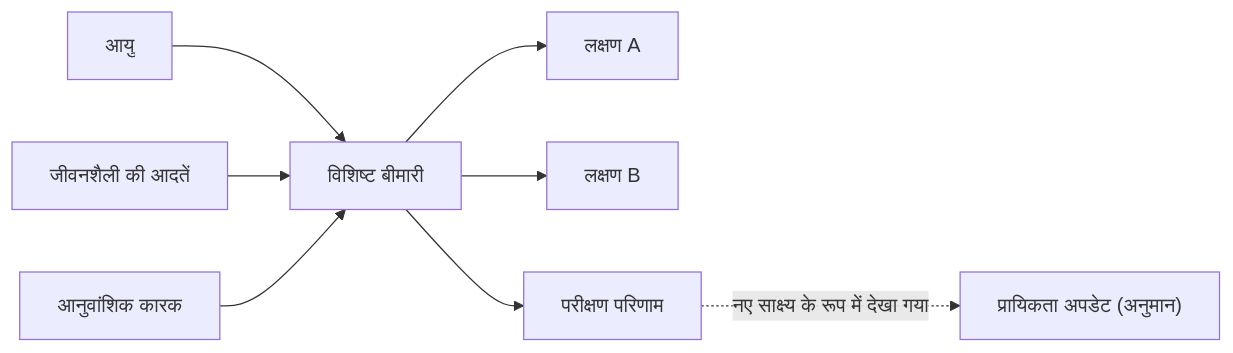
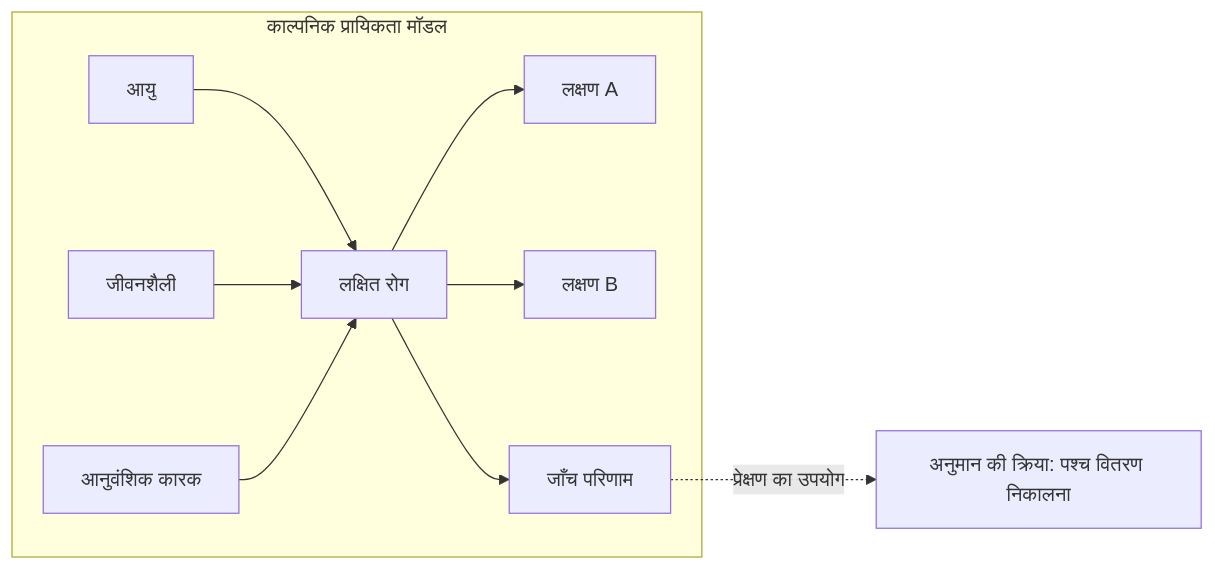
One commit to kenjinote/blog changed the second of 2 diagrams in content/post/bayes-theorem/index.hi.md. Above: the diagram before and after it, drawn with Mermaid. The commit also changed other lines of this file and 10 other files, not shown here.

````diff
--- a/content/post/bayes-theorem/index.hi.md
+++ b/content/post/bayes-theorem/index.hi.md
@@ -116,12 +162,12 @@
 ```mermaid
 flowchart LR
-    Age["आयु"] --> Disease["विशिष्ट बीमारी"]
-    Lifestyle["जीवनशैली की आदतें"] --> Disease
-    Genes["आनुवांशिक कारक"] --> Disease
-    
-    Disease --> SymptomA["लक्षण A"]
-    Disease --> SymptomB["लक्षण B"]
-    Disease --> TestResult["परीक्षण परिणाम"]
-    
-    TestResult -.->|"नए साक्ष्य के रूप में देखा गया"| Update["प्रायिकता अपडेट (अनुमान)"]
+    subgraph Model["काल्पनिक प्रायिकता मॉडल"]
+        Age["आयु"] --> Disease["लक्षित रोग"]
+        Lifestyle["जीवनशैली"] --> Disease
+        Genes["आनुवंशिक कारक"] --> Disease
+        Disease --> SymptomA["लक्षण A"]
+        Disease --> SymptomB["लक्षण B"]
+        Disease --> TestResult["जाँच परिणाम"]
+    end
+    TestResult -.->|"प्रेक्षण का उपयोग"| Inference["अनुमान की क्रिया: पश्च वितरण निकालना"]
 ```
````
